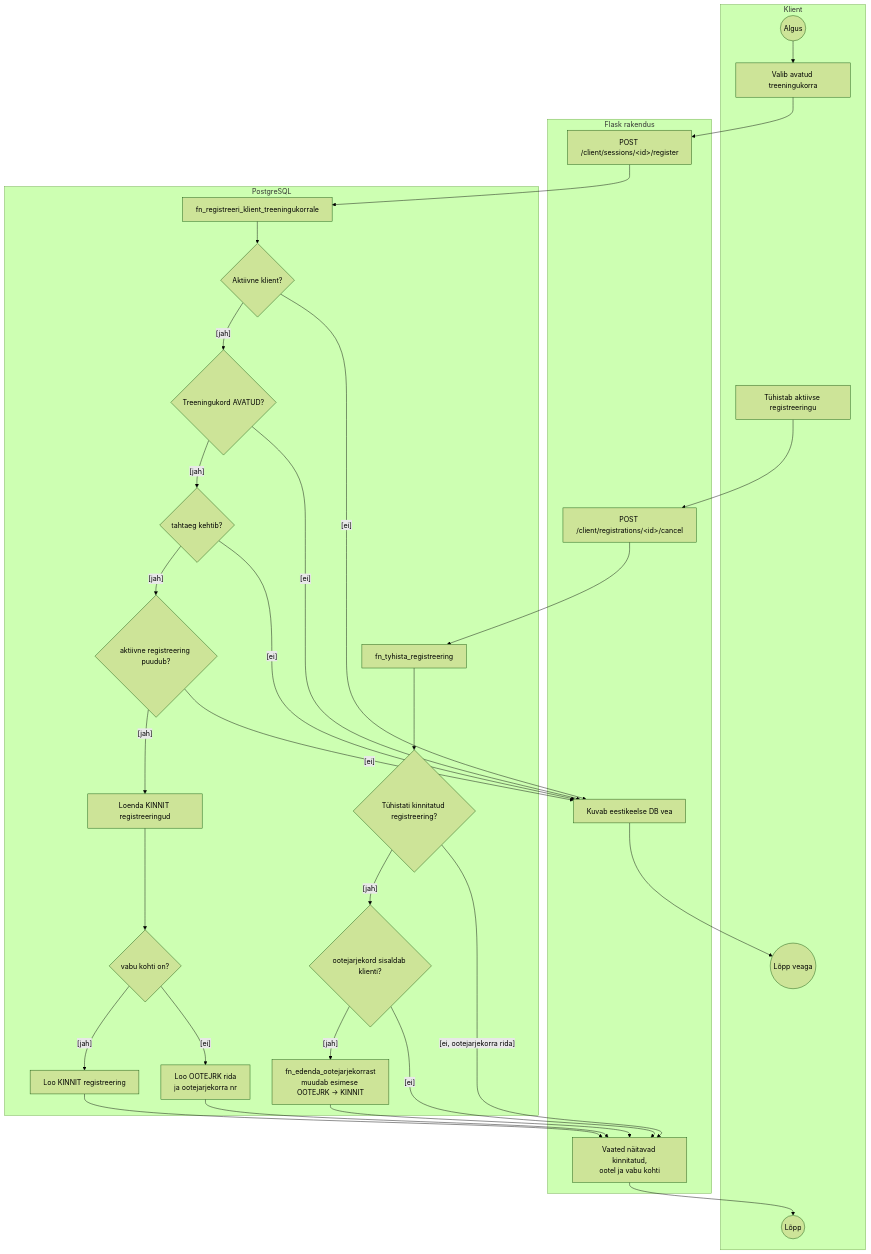
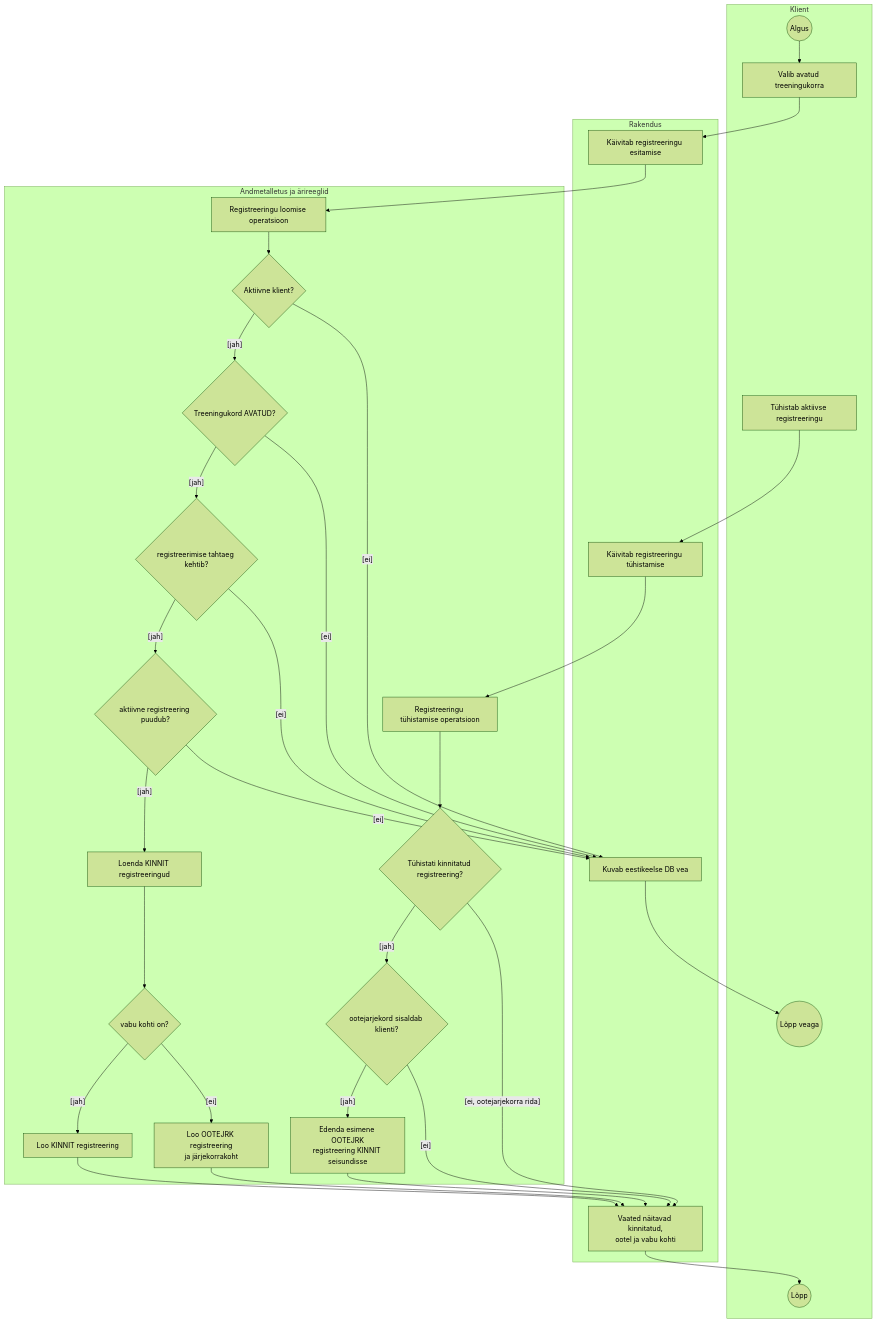
Before and after one commit to tamkivi/andmebaasid-projekt: the diagram in diagrams/04_registration_activity.mmd, drawn with Mermaid (forest theme). The commit also changed 26 other files, not shown here.

```diff
--- a/diagrams/04_registration_activity.mmd
+++ b/diagrams/04_registration_activity.mmd
@@ -1,50 +1,50 @@
 flowchart TB
     subgraph LANE_K["Klient"]
         START((Algus))
         PICK["Valib avatud treeningukorra"]
         CANCEL["Tühistab aktiivse registreeringu"]
         ENDOK((Lõpp))
         ENDERR((Lõpp veaga))
     end
 
-    subgraph LANE_F["Flask rakendus"]
-        ROUTE["POST /client/sessions/&lt;id&gt;/register"]
-        CANCEL_ROUTE["POST /client/registrations/&lt;id&gt;/cancel"]
+    subgraph LANE_F["Rakendus"]
+        ROUTE["Käivitab registreeringu esitamise"]
+        CANCEL_ROUTE["Käivitab registreeringu tühistamise"]
         VIEW["Vaated näitavad kinnitatud,\nootel ja vabu kohti"]
         ERR["Kuvab eestikeelse DB vea"]
     end
 
-    subgraph LANE_DB["PostgreSQL"]
-        FN["fn_registreeri_klient_treeningukorrale"]
+    subgraph LANE_DB["Andmetalletus ja ärireeglid"]
+        FN["Registreeringu loomise operatsioon"]
         ACTIVE{"Aktiivne klient?"}
         OPEN{"Treeningukord AVATUD?"}
-        DEADLINE{"tahtaeg kehtib?"}
+        DEADLINE{"registreerimise tahtaeg kehtib?"}
         DUP{"aktiivne registreering puudub?"}
         COUNT["Loenda KINNIT registreeringud"]
         SEAT{"vabu kohti on?"}
         CONF["Loo KINNIT registreering"]
-        WAIT["Loo OOTEJRK rida\nja ootejarjekorra nr"]
-        CANCEL_FN["fn_tyhista_registreering"]
+        WAIT["Loo OOTEJRK registreering\nja järjekorrakoht"]
+        CANCEL_FN["Registreeringu tühistamise operatsioon"]
         WAS_CONF{"Tühistati kinnitatud registreering?"}
         QUEUE{"ootejarjekord sisaldab klienti?"}
-        PROMOTED["fn_edenda_ootejarjekorrast\nmuudab esimese OOTEJRK -> KINNIT"]
+        PROMOTED["Edenda esimene OOTEJRK\nregistreering KINNIT seisundisse"]
     end
 
     START --> PICK --> ROUTE --> FN --> ACTIVE
     ACTIVE -->|"[jah]"| OPEN
     OPEN -->|"[jah]"| DEADLINE
     DEADLINE -->|"[jah]"| DUP
     DUP -->|"[jah]"| COUNT --> SEAT
     SEAT -->|"[jah]"| CONF --> VIEW --> ENDOK
     SEAT -->|"[ei]"| WAIT --> VIEW
 
     ACTIVE -->|"[ei]"| ERR --> ENDERR
     OPEN -->|"[ei]"| ERR
     DEADLINE -->|"[ei]"| ERR
     DUP -->|"[ei]"| ERR
 
     CANCEL --> CANCEL_ROUTE --> CANCEL_FN --> WAS_CONF
     WAS_CONF -->|"[jah]"| QUEUE
     WAS_CONF -->|"[ei, ootejarjekorra rida]"| VIEW
     QUEUE -->|"[jah]"| PROMOTED --> VIEW
     QUEUE -->|"[ei]"| VIEW
```
